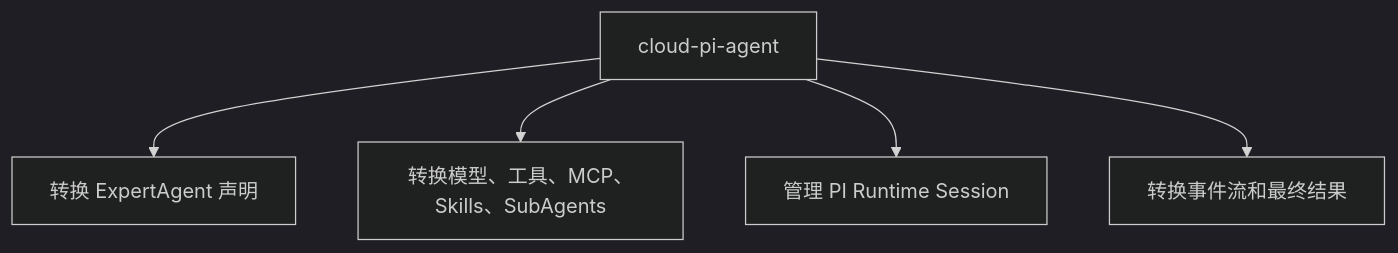
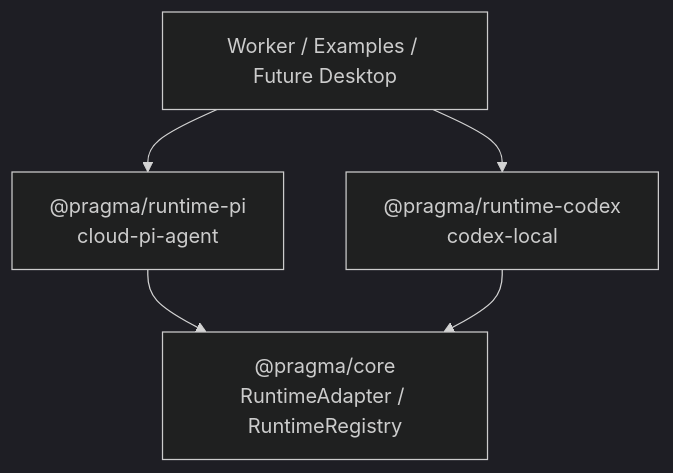
Before and after one commit to pqpo/pragma: the fifth of 18 diagrams in docs/architecture/agent-core-architecture.md, drawn with Mermaid (dark theme). The commit also changed other lines of this file and 63 other files, not shown here.

````diff
--- a/docs/architecture/agent-core-architecture.md
+++ b/docs/architecture/agent-core-architecture.md
@@ -138,8 +139,10 @@
 ```mermaid
 flowchart TB
-  runtime["cloud-pi-agent"]
-  runtime --> agentDeclaration["转换 ExpertAgent 声明"]
-  runtime --> capabilities["转换模型、工具、MCP、Skills、SubAgents"]
-  runtime --> session["管理 PI Runtime Session"]
-  runtime --> events["转换事件流和最终结果"]
+  core["@pragma/core<br/>RuntimeAdapter / RuntimeRegistry"]
+  pi["@pragma/runtime-pi<br/>cloud-pi-agent"]
+  codex["@pragma/runtime-codex<br/>codex-local"]
+  app["Worker / Examples / Future Desktop"]
+
+  app --> pi --> core
+  app --> codex --> core
 ```
````
